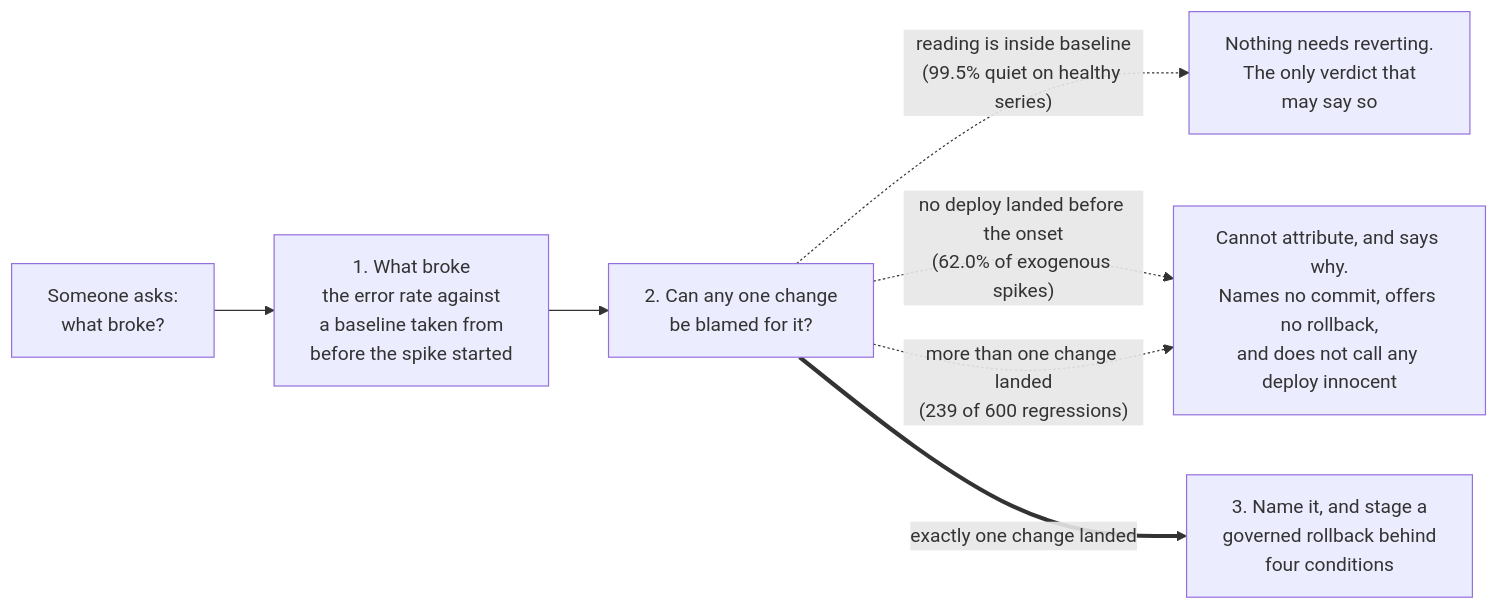
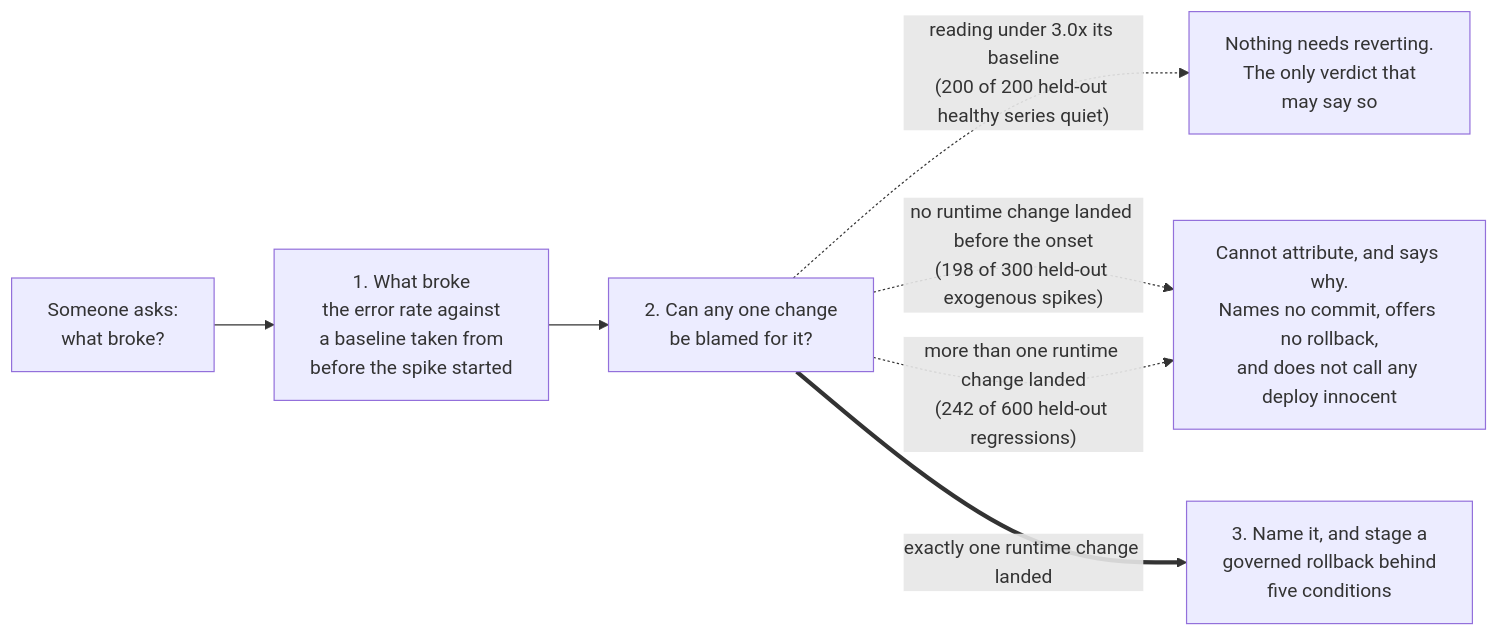
One commit to upgradedev/mercury_amazon changed the first of 2 diagrams in README.md. Above: the diagram before and after it, drawn with Mermaid. The commit also changed other lines of this file and 87 other files, not shown here.

````diff
--- a/README.md
+++ b/README.md
@@ -5,10 +58,10 @@
 ```mermaid
 flowchart LR
     Q["Someone asks:<br/>what broke?"]
     Q --> M["1. What broke<br/>the error rate against<br/>a baseline taken from<br/>before the spike started"]
     M --> C["2. Can any one change<br/>be blamed for it?"]
-    C -.->|"reading is inside baseline<br/>(99.5% quiet on healthy series)"| S["Nothing needs reverting.<br/>The only verdict that<br/>may say so"]
-    C -.->|"no deploy landed before the onset<br/>(62.0% of exogenous spikes)"| N["Cannot attribute, and says why.<br/>Names no commit, offers no rollback,<br/>and does not call any deploy innocent"]
-    C -.->|"more than one change landed<br/>(239 of 600 regressions)"| N
-    C ==>|"exactly one change landed"| R["3. Name it, and stage a<br/>governed rollback behind<br/>four conditions"]
+    C -.->|"reading under 3.0x its baseline<br/>(200 of 200 held-out healthy series quiet)"| S["Nothing needs reverting.<br/>The only verdict that<br/>may say so"]
+    C -.->|"no runtime change landed before the onset<br/>(198 of 300 held-out exogenous spikes)"| N["Cannot attribute, and says why.<br/>Names no commit, offers no rollback,<br/>and does not call any deploy innocent"]
+    C -.->|"more than one runtime change landed<br/>(242 of 600 held-out regressions)"| N
+    C ==>|"exactly one runtime change landed"| R["3. Name it, and stage a<br/>governed rollback behind<br/>five conditions"]
 ```
````
